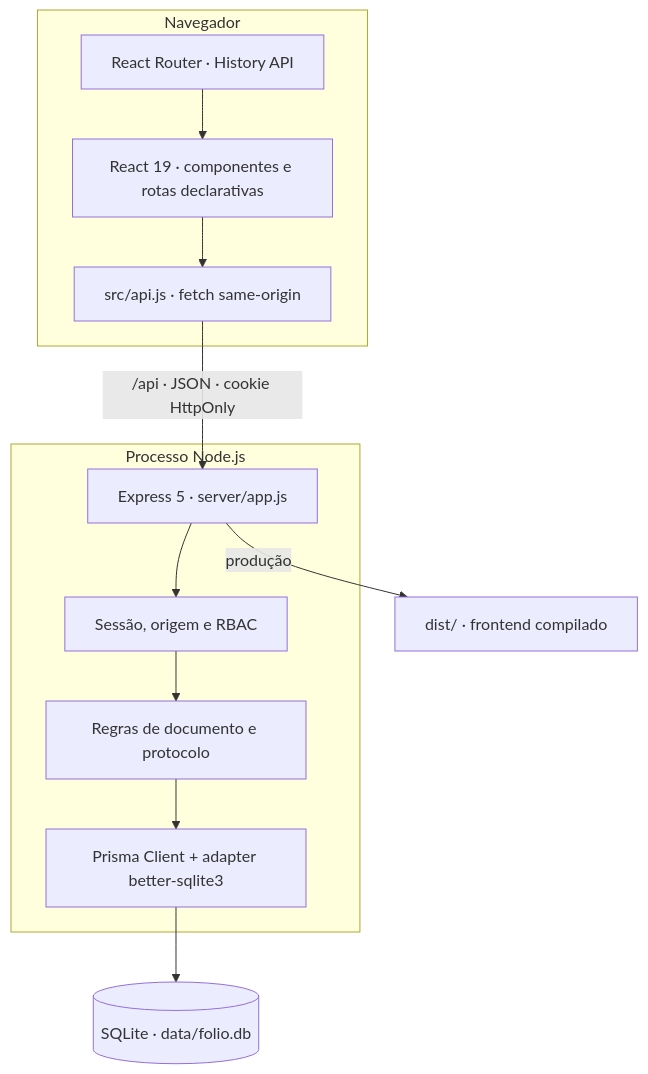
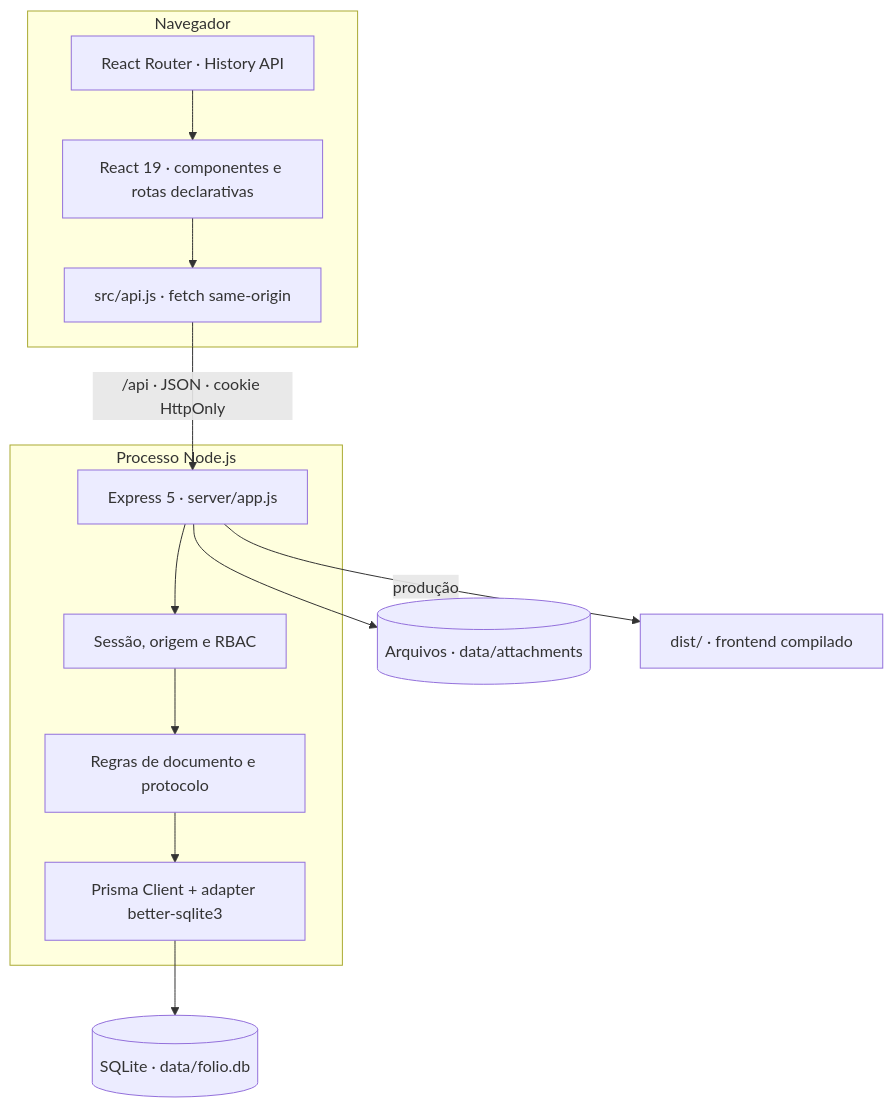
The first of 3 diagrams in docs/architecture.md (TersanPlay/solid-memory), drawn with Mermaid before and after one commit. The commit also changed other lines of this file and 18 other files, not shown here.

````diff
--- a/docs/architecture.md
+++ b/docs/architecture.md
@@ -5,19 +5,20 @@
 ```mermaid
 flowchart TB
     subgraph Browser["Navegador"]
       UI["React 19 · componentes e rotas declarativas"]
       Router["React Router · History API"]
       HTTP["src/api.js · fetch same-origin"]
       Router --> UI --> HTTP
     end
     subgraph Node["Processo Node.js"]
       Express["Express 5 · server/app.js"]
       Auth["Sessão, origem e RBAC"]
       Services["Regras de documento e protocolo"]
       Prisma["Prisma Client + adapter better-sqlite3"]
       Express --> Auth --> Services --> Prisma
     end
     HTTP -->|"/api · JSON · cookie HttpOnly"| Express
     Prisma --> SQLite[("SQLite · data/folio.db")]
+    Express --> Attachments[("Arquivos · data/attachments")]
     Express -->|"produção"| Dist["dist/ · frontend compilado"]
 ```
````
